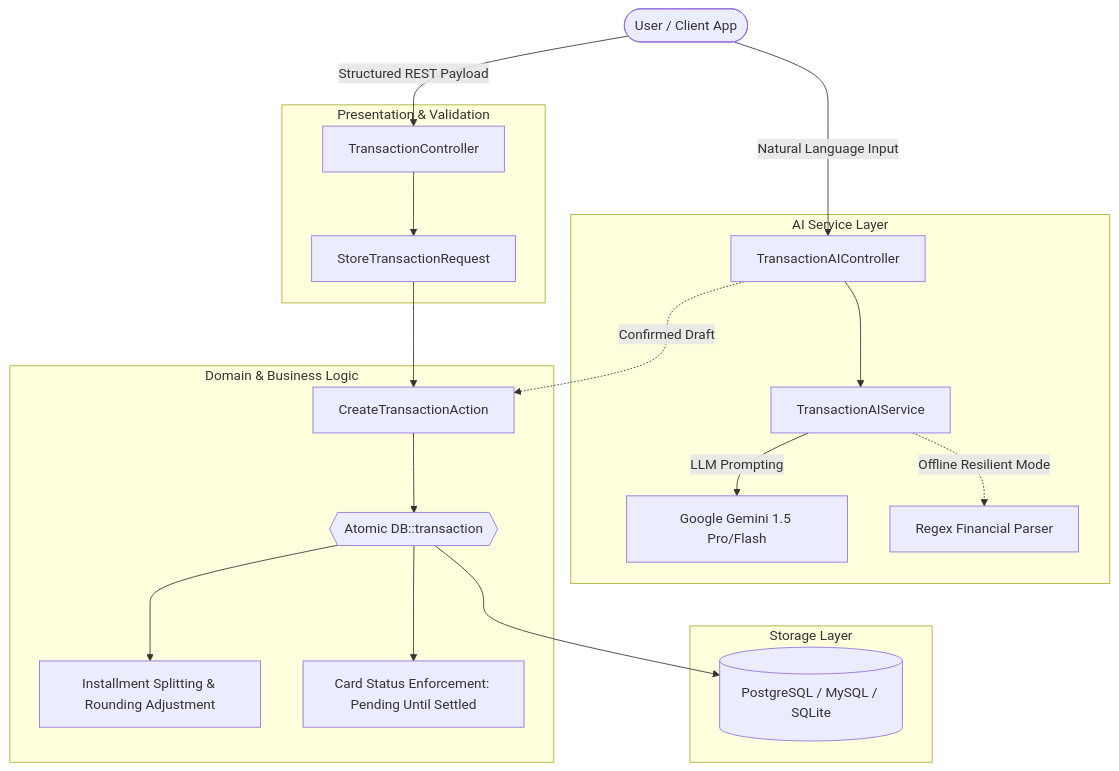
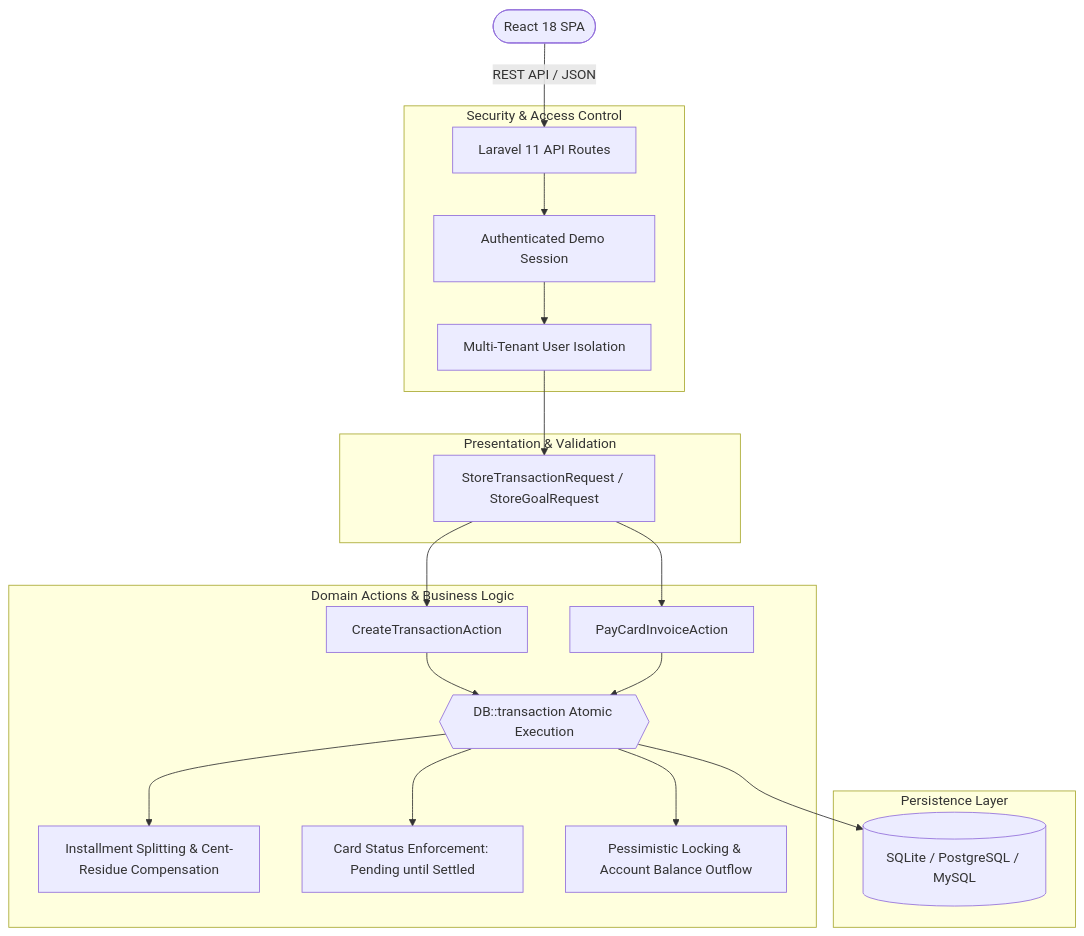
Before and after one commit to YuriTreichel/fintrack-showcase: the diagram in README.md, drawn with Mermaid. The commit also changed other lines of this file, not shown here.

````diff
--- a/README.md
+++ b/README.md
@@ -37,27 +37,29 @@
 ```mermaid
 flowchart TD
-    User([User / Client App]) -->|Natural Language Input| AIController[TransactionAIController]
-    User -->|Structured REST Payload| RESTController[TransactionController]
+    Client([React 18 SPA]) -->|REST API / JSON| Router[Laravel 11 API Routes]
+
+    subgraph Security & Access Control
+        Router --> AuthCheck[Authenticated Demo Session]
+        AuthCheck --> TenantScope[Multi-Tenant User Isolation]
+    end
 
     subgraph Presentation & Validation
-        RESTController --> StoreRequest[StoreTransactionRequest]
+        TenantScope --> FormRequests[StoreTransactionRequest / StoreGoalRequest]
     end
 
-    subgraph AI Service Layer
-        AIController --> AIService[TransactionAIService]
-        AIService -->|LLM Prompting| GeminiAPI[Google Gemini 1.5 Pro/Flash]
-        AIService -.->|Offline Resilient Mode| FallbackParser[Regex Financial Parser]
+    subgraph Domain Actions & Business Logic
+        FormRequests --> CreateAction[CreateTransactionAction]
+        FormRequests --> PayInvoiceAction[PayCardInvoiceAction]
+        
+        CreateAction --> DBTrans{{DB::transaction Atomic Execution}}
+        PayInvoiceAction --> DBTrans
+
+        DBTrans --> InstallmentEngine[Installment Splitting & Cent-Residue Compensation]
+        DBTrans --> CardLiability[Card Status Enforcement: Pending until Settled]
+        DBTrans --> InvoiceReconciliation[Pessimistic Locking & Account Balance Outflow]
     end
 
-    subgraph Domain & Business Logic
-        StoreRequest --> CreateAction[CreateTransactionAction]
-        AIController -.->|Confirmed Draft| CreateAction
-        CreateAction --> DBTrans{{Atomic DB::transaction}}
-        DBTrans --> InstallmentEngine[Installment Splitting & Rounding Adjustment]
-        DBTrans --> CardRule[Card Status Enforcement: Pending Until Settled]
-    end
-
-    subgraph Storage Layer
-        DBTrans --> LedgerDB[(PostgreSQL / MySQL / SQLite)]
+    subgraph Persistence Layer
+        DBTrans --> Storage[(SQLite / PostgreSQL / MySQL)]
     end
 ```
````
